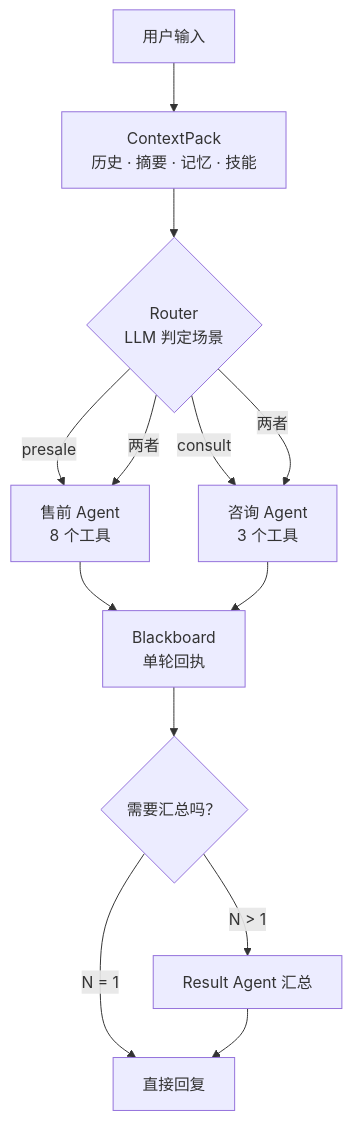
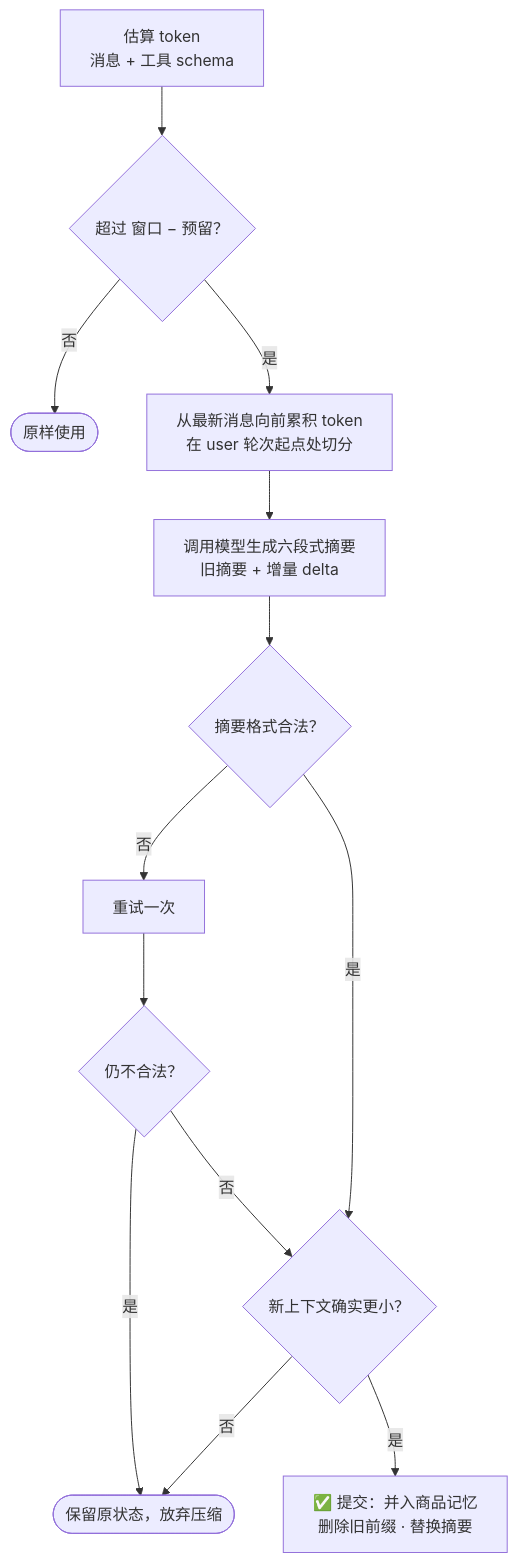
One commit to zqf20096327/ai_collect changed the fifth of 8 diagrams in data/readmes/YW216__pickwise-agent.md. Above: the diagram before and after it, drawn with Mermaid. The commit also changed other lines of this file and 2708 other files, not shown here.

````diff
--- a/data/readmes/YW216__pickwise-agent.md
+++ b/data/readmes/YW216__pickwise-agent.md
@@ -48,15 +200,14 @@
 ```mermaid
 flowchart TD
-    A[用户输入] --> B["ContextPack<br/>历史 · 摘要 · 记忆 · 技能"]
-    B --> C{"Router<br/>LLM 判定场景"}
-    C -->|presale| D["售前 Agent<br/>8 个工具"]
-    C -->|consult| E["咨询 Agent<br/>3 个工具"]
-    C -->|两者| D
-    C -->|两者| E
-    D --> F["Blackboard<br/>单轮回执"]
-    E --> F
-    F --> G{需要汇总吗？}
-    G -->|N = 1| H[直接回复]
-    G -->|N > 1| I[Result Agent 汇总]
-    I --> H
+    A["估算 token<br/>消息 + 工具 schema"] --> B{"超过 窗口 − 预留？"}
+    B -->|"否"| Z(["原样使用"])
+    B -->|"是"| C["从最新消息向前累积 token<br/>在 user 轮次起点处切分"]
+    C --> D["调用模型生成六段式摘要<br/>旧摘要 + 增量 delta"]
+    D --> E{"摘要格式合法？"}
+    E -->|"否"| D2["重试一次"] --> E2{"仍不合法？"}
+    E2 -->|"是"| K
+    E -->|"是"| F{"新上下文确实更小？"}
+    E2 -->|"否"| F
+    F -->|"否"| K(["保留原状态，放弃压缩"])
+    F -->|"是"| G["✅ 提交：并入商品记忆<br/>删除旧前缀 · 替换摘要"]
 ```
````
